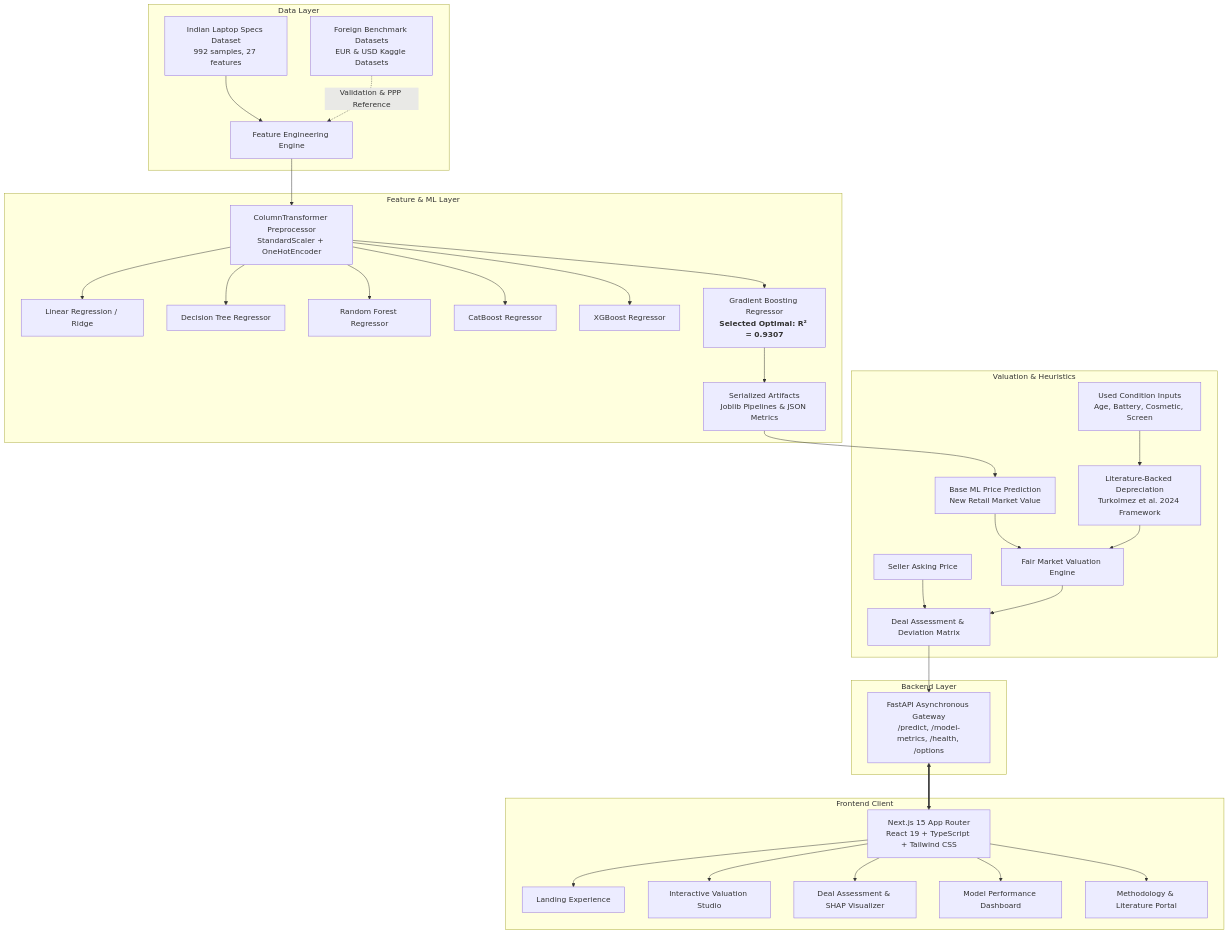
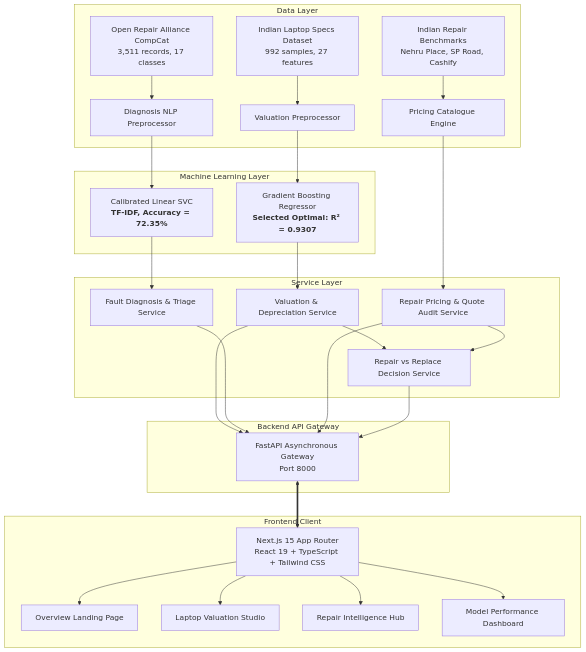
One commit to Avinandan169/FairFix changed the first of 2 diagrams in docs/architecture.md. Above: the diagram before and after it, drawn with Mermaid. The commit also changed other lines of this file and 28 other files, not shown here.

Commit message:
feat(repair): implement ML fault diagnosis, Indian repair pricing catalogue, quote evaluator, and repair-vs-replace decision engine

````diff
--- a/docs/architecture.md
+++ b/docs/architecture.md
@@ -13,40 +15,32 @@
 ```mermaid
 flowchart TD
     subgraph Data Layer
-        A1[Indian Laptop Specs Dataset<br/>992 samples, 27 features] --> B[Feature Engineering Engine]
-        A2[Foreign Benchmark Datasets<br/>EUR & USD Kaggle Datasets] -.->|Validation & PPP Reference| B
+        A1[Indian Laptop Specs Dataset<br/>992 samples, 27 features] --> B1[Valuation Preprocessor]
+        A2[Open Repair Alliance CompCat<br/>3,511 records, 17 classes] --> B2[Diagnosis NLP Preprocessor]
+        A3[Indian Repair Benchmarks<br/>Nehru Place, SP Road, Cashify] --> B3[Pricing Catalogue Engine]
     end
 
-    subgraph Feature & ML Layer
-        B --> C[ColumnTransformer Preprocessor<br/>StandardScaler + OneHotEncoder]
-        C --> D1[Linear Regression / Ridge]
-        C --> D2[Decision Tree Regressor]
-        C --> D3[Random Forest Regressor]
-        C --> D4[CatBoost Regressor]
-        C --> D5[XGBoost Regressor]
-        C --> D6[Gradient Boosting Regressor<br/><b>Selected Optimal: R² = 0.9307</b>]
-        D6 --> E[Serialized Artifacts<br/>Joblib Pipelines & JSON Metrics]
+    subgraph Machine Learning Layer
+        B1 --> C1[Gradient Boosting Regressor<br/><b>Selected Optimal: R² = 0.9307</b>]
+        B2 --> C2[Calibrated Linear SVC<br/><b>TF-IDF, Accuracy = 72.35%</b>]
     end
 
-    subgraph Valuation & Heuristics
-        E --> F1[Base ML Price Prediction<br/>New Retail Market Value]
-        F2[Used Condition Inputs<br/>Age, Battery, Cosmetic, Screen] --> F3[Literature-Backed Depreciation<br/>Turkolmez et al. 2024 Framework]
-        F1 --> G[Fair Market Valuation Engine]
-        F3 --> G
-        H[Seller Asking Price] --> I[Deal Assessment & Deviation Matrix]
-        G --> I
+    subgraph Service Layer
+        C1 --> S1[Valuation & Depreciation Service]
+        C2 --> S2[Fault Diagnosis & Triage Service]
+        B3 --> S3[Repair Pricing & Quote Audit Service]
+        S1 & S3 --> S4[Repair vs Replace Decision Service]
     end
 
-    subgraph Backend Layer
-        I --> J[FastAPI Asynchronous Gateway<br/>/predict, /model-metrics, /health, /options]
+    subgraph Backend API Gateway
+        S1 & S2 & S3 & S4 --> API[FastAPI Asynchronous Gateway<br/>Port 8000]
     end
 
     subgraph Frontend Client
-        J <==> K[Next.js 15 App Router<br/>React 19 + TypeScript + Tailwind CSS]
-        K --> L1[Landing Experience]
-        K --> L2[Interactive Valuation Studio]
-        K --> L3[Deal Assessment & SHAP Visualizer]
-        K --> L4[Model Performance Dashboard]
-        K --> L5[Methodology & Literature Portal]
+        API <==> FE[Next.js 15 App Router<br/>React 19 + TypeScript + Tailwind CSS]
+        FE --> UI1[Overview Landing Page]
+        FE --> UI2[Laptop Valuation Studio]
+        FE --> UI3[Repair Intelligence Hub]
+        FE --> UI4[Model Performance Dashboard]
     end
 ```
````
